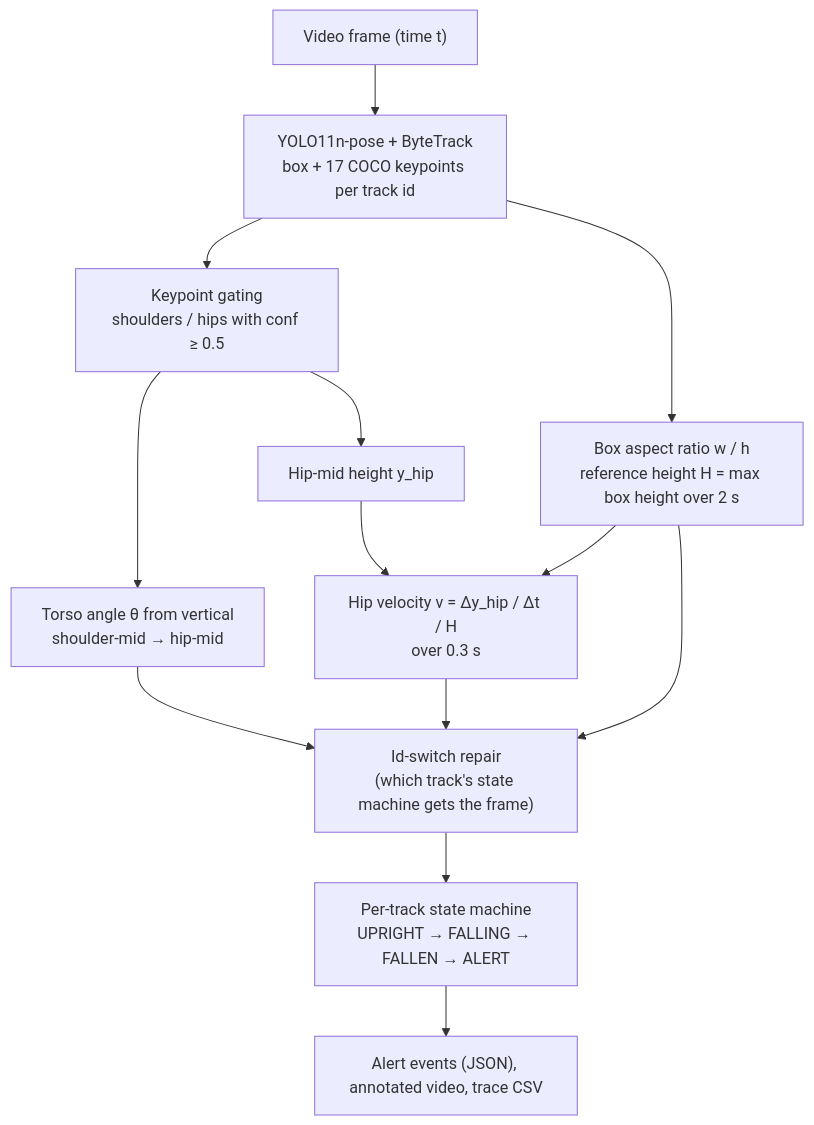
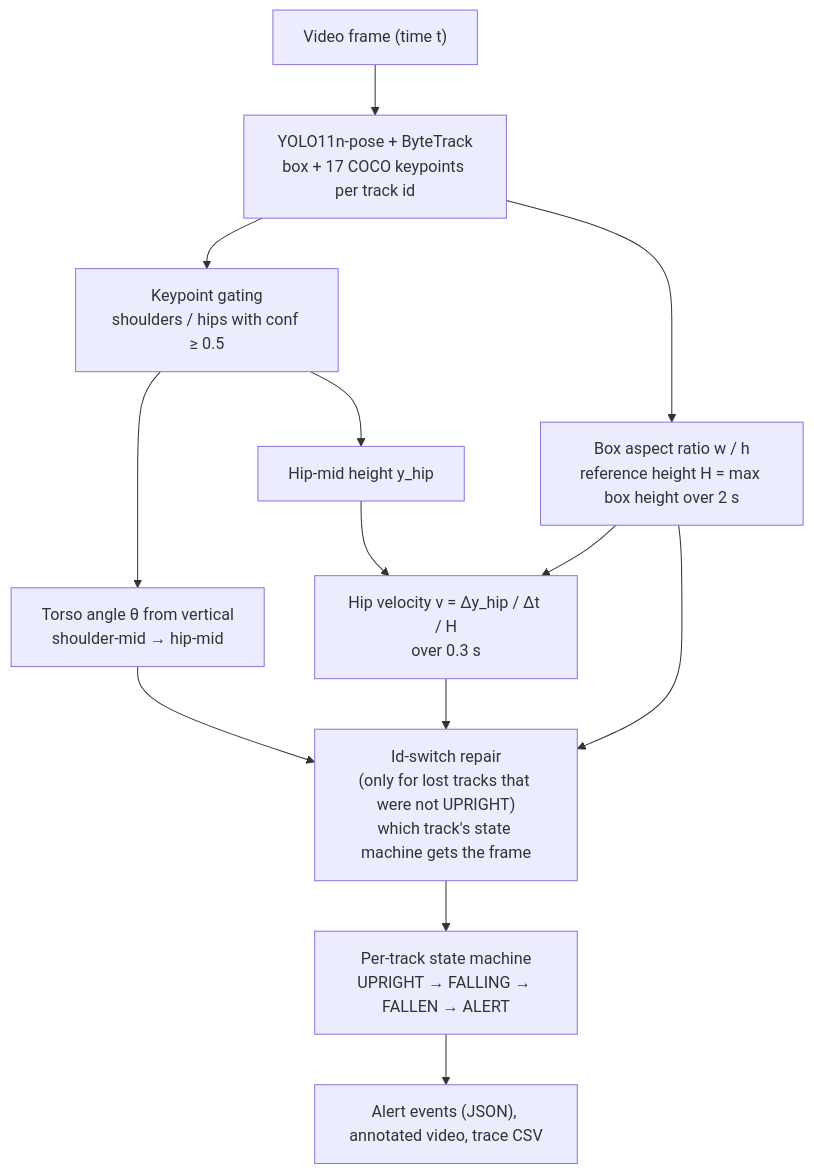
One commit to karemdm/fall-detection-alert changed the first of 2 diagrams in docs/how-it-works.md. Above: the diagram before and after it, drawn with Mermaid. The commit also changed other lines of this file and 6 other files, not shown here.

Commit message:
Stitch only lost tracks that were not UPRIGHT

````diff
--- a/docs/how-it-works.md
+++ b/docs/how-it-works.md
@@ -8,15 +8,15 @@
 ```mermaid
 flowchart TD
     A["Video frame (time t)"] --> B["YOLO11n-pose + ByteTrack<br/>box + 17 COCO keypoints per track id"]
     B --> C["Keypoint gating<br/>shoulders / hips with conf ≥ 0.5"]
     C --> D["Torso angle θ from vertical<br/>shoulder-mid → hip-mid"]
     C --> E["Hip-mid height y_hip"]
     B --> F["Box aspect ratio w / h<br/>reference height H = max box height over 2 s"]
     E --> G["Hip velocity v = Δy_hip / Δt / H<br/>over 0.3 s"]
     F --> G
-    D --> R["Id-switch repair<br/>(which track's state machine gets the frame)"]
+    D --> R["Id-switch repair<br/>(only for lost tracks that were not UPRIGHT)<br/>which track's state machine gets the frame"]
     F --> R
     G --> R
     R --> H["Per-track state machine<br/>UPRIGHT → FALLING → FALLEN → ALERT"]
     H --> L["Alert events (JSON), annotated video, trace CSV"]
 ```
````
